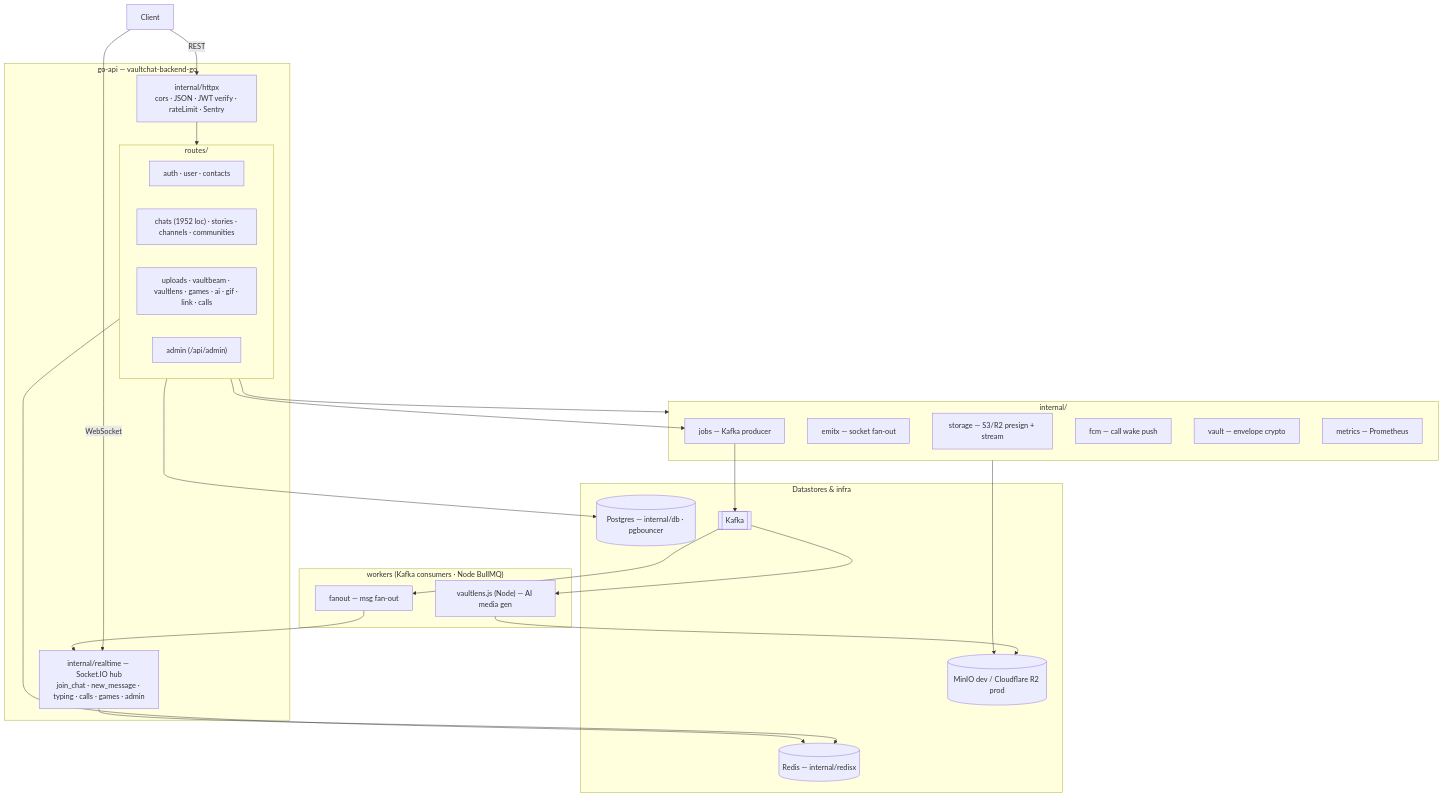
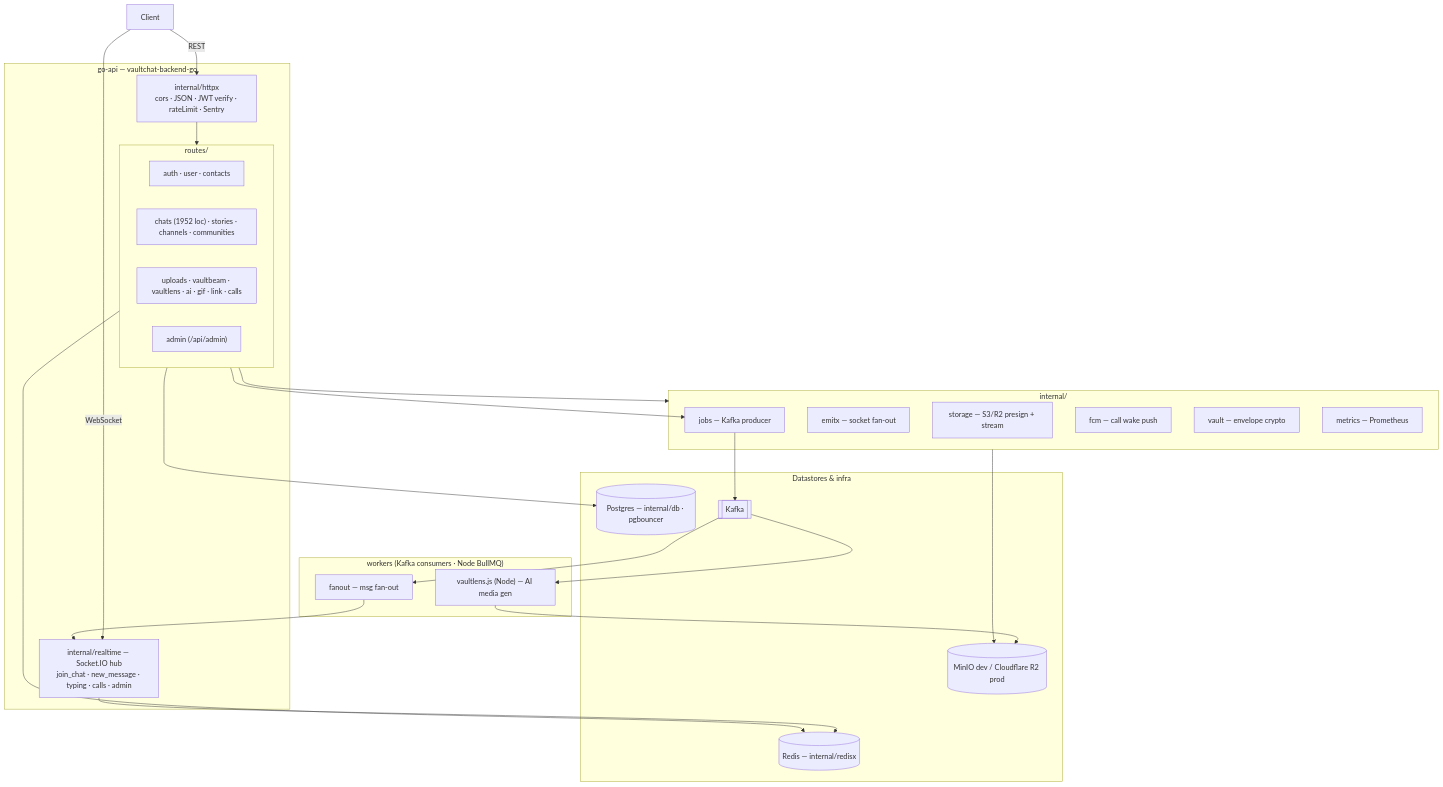
Before and after one commit to srihari8204/VaultChat: the third of 4 diagrams in ARCHITECTURE.md, drawn with Mermaid. The commit also changed other lines of this file and 13 other files, not shown here.

````diff
--- a/ARCHITECTURE.md
+++ b/ARCHITECTURE.md
@@ -171,49 +185,49 @@
 ```mermaid
 flowchart TB
   CL["Client"]
 
   subgraph SERVER["go-api — vaultchat-backend-go"]
     MW["internal/httpx<br/>cors · JSON · JWT verify · rateLimit · Sentry"]
     subgraph ROUTES["routes/"]
       R1["auth · user · contacts"]
       R2["chats (1952 loc) · stories · channels · communities"]
-      R3["uploads · vaultbeam · vaultlens · games · ai · gif · link · calls"]
+      R3["uploads · vaultbeam · vaultlens · ai · gif · link · calls"]
       R4["admin (/api/admin)"]
     end
-    IO["internal/realtime — Socket.IO hub<br/>join_chat · new_message · typing · calls · games · admin"]
+    IO["internal/realtime — Socket.IO hub<br/>join_chat · new_message · typing · calls · admin"]
   end
 
   subgraph LIBB["internal/"]
     STORAGE["storage — S3/R2 presign + stream"]
     EMITX["emitx — socket fan-out"]
     KAF["jobs — Kafka producer"]
     CALLFCM["fcm — call wake push"]
     VAULT["vault — envelope crypto"]
     METRICS["metrics — Prometheus"]
   end
 
   subgraph WORKERS["workers (Kafka consumers · Node BullMQ)"]
     FANOUT["fanout — msg fan-out"]
     VLENS["vaultlens.js (Node) — AI media gen"]
   end
 
   subgraph DATA["Datastores & infra"]
     PG[("Postgres — internal/db · pgbouncer")]
     RD[("Redis — internal/redisx")]
     KFK[["Kafka"]]
     S3[("MinIO dev / Cloudflare R2 prod")]
   end
 
   CL -- REST --> MW --> ROUTES
   CL -- WebSocket --> IO
   ROUTES --> LIBB
   IO --> RD
   ROUTES --> PG
   ROUTES --> RD
   LIBB --> S3
   ROUTES --> KAF --> KFK
   KFK --> FANOUT
   KFK --> VLENS
   FANOUT --> IO
   VLENS --> S3
 ```
````
